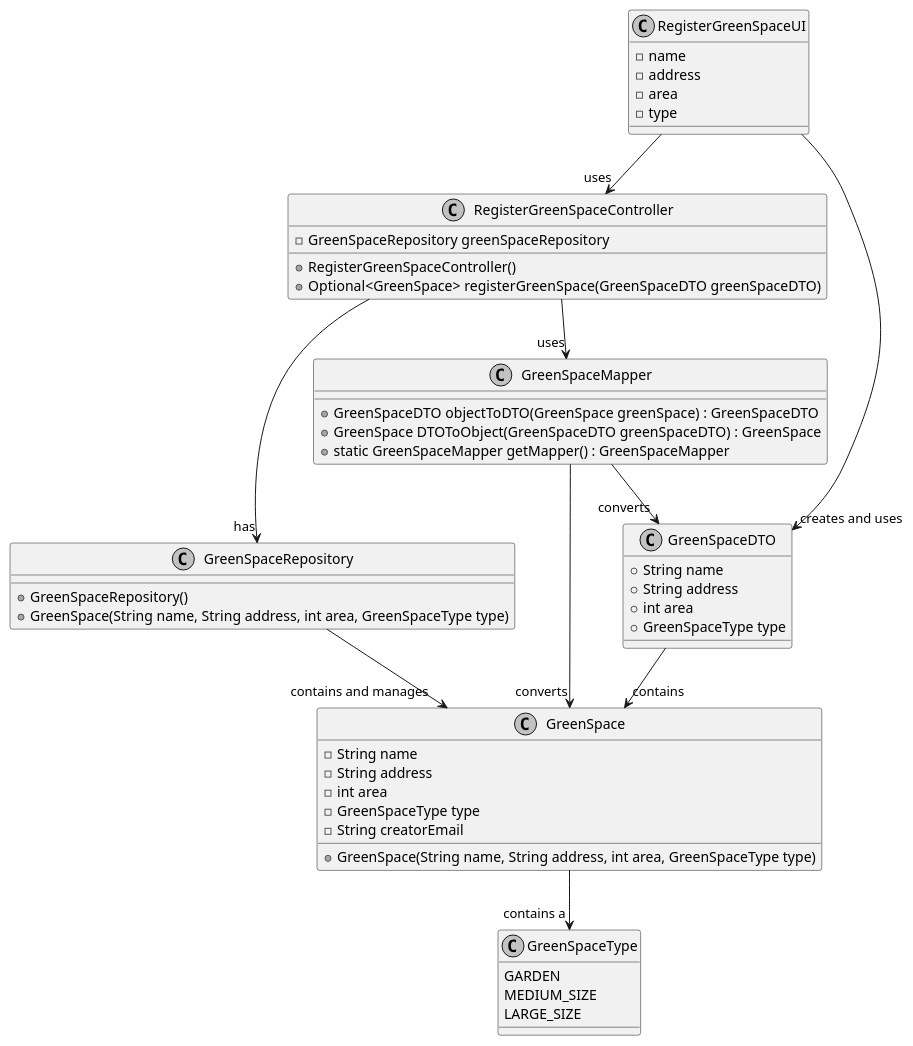
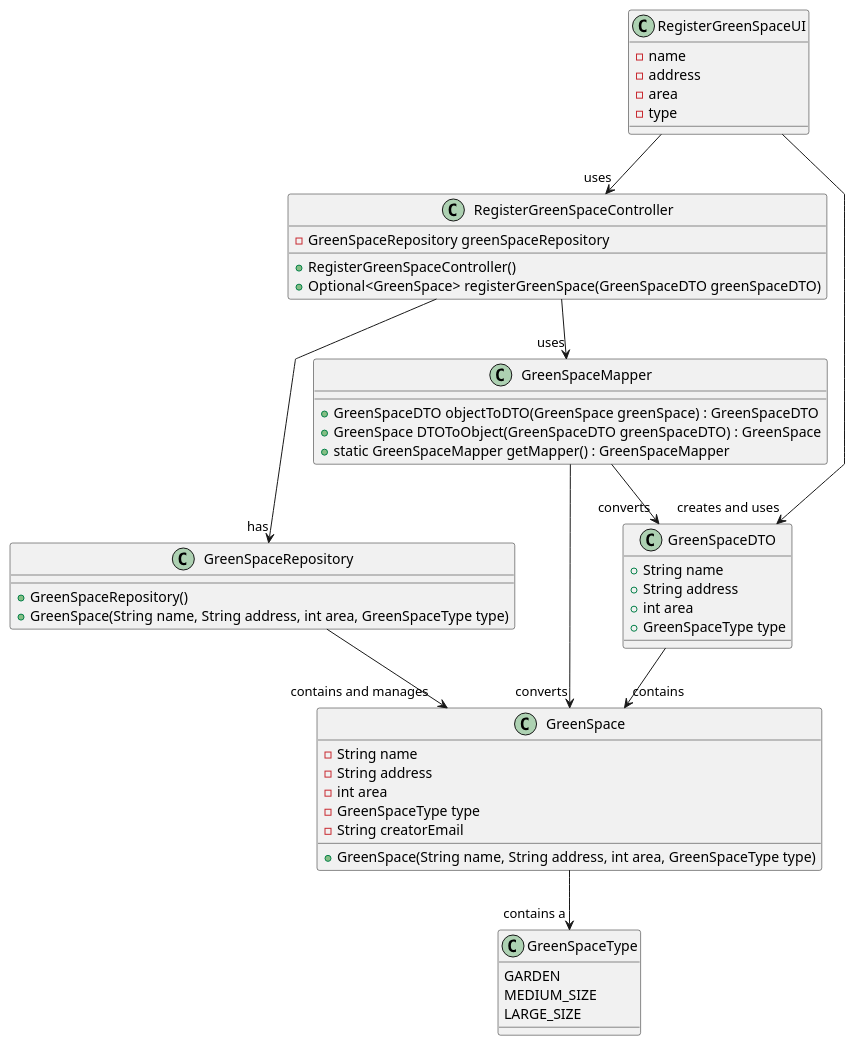
One commit to Departamento-de-Engenharia-Informatica/lei-24-s2-1dkl-g134 changed the diagram in docs/sprintC/us020/03.design/puml/us020-class-diagram.puml. Above: the diagram before and after it, drawn with PlantUML. The commit also changed 2 other files, not shown here.

Commit message:
US027 Class Diagram Done

```diff
--- a/docs/sprintC/us020/03.design/puml/us020-class-diagram.puml
+++ b/docs/sprintC/us020/03.design/puml/us020-class-diagram.puml
@@ -1,71 +1,71 @@
 @startuml
-skinparam monochrome true
+'skinparam monochrome true
 skinparam packageStyle rectangle
 skinparam shadowing false
 skinparam linetype polyline
-skinparam linetype orto
+'skinparam linetype orto
 
 
 class "GreenSpace" {
     -String name
     -String address
     -int area
     -GreenSpaceType type
     -String creatorEmail
 
     +GreenSpace(String name, String address, int area, GreenSpaceType type)
 
 
 }
 
 class "GreenSpaceType" {
     GARDEN
     MEDIUM_SIZE
     LARGE_SIZE
 }
 
 class "RegisterGreenSpaceController" {
     -GreenSpaceRepository greenSpaceRepository
 
     +RegisterGreenSpaceController()
     +Optional<GreenSpace> registerGreenSpace(GreenSpaceDTO greenSpaceDTO)
 }
 
 class "GreenSpaceRepository" {
     +GreenSpaceRepository()
     +GreenSpace(String name, String address, int area, GreenSpaceType type)
 
 }
 
 class "GreenSpaceDTO" {
     +String name
     +String address
     +int area
     +GreenSpaceType type
 
 }
 
 class "GreenSpaceMapper" {
     +GreenSpaceDTO objectToDTO(GreenSpace greenSpace) : GreenSpaceDTO
     +GreenSpace DTOToObject(GreenSpaceDTO greenSpaceDTO) : GreenSpace
     +static GreenSpaceMapper getMapper() : GreenSpaceMapper
 }
 
 class "RegisterGreenSpaceUI" {
     - name
     -address
     - area
     -type
 
 }
 
 GreenSpaceRepository --> "contains and manages" GreenSpace
 RegisterGreenSpaceController --> "has" GreenSpaceRepository
 RegisterGreenSpaceUI --> "uses" RegisterGreenSpaceController
 RegisterGreenSpaceUI --> "creates and uses" GreenSpaceDTO
 GreenSpace --> "contains a" GreenSpaceType
 GreenSpaceDTO --> "contains " GreenSpace
 GreenSpaceMapper --> "converts" GreenSpace
 GreenSpaceMapper --> "converts" GreenSpaceDTO
 RegisterGreenSpaceController --> "uses" GreenSpaceMapper
 @enduml
```
